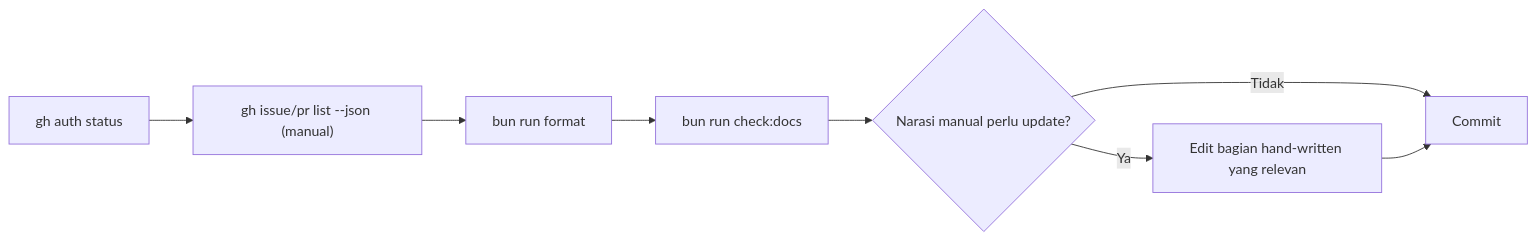
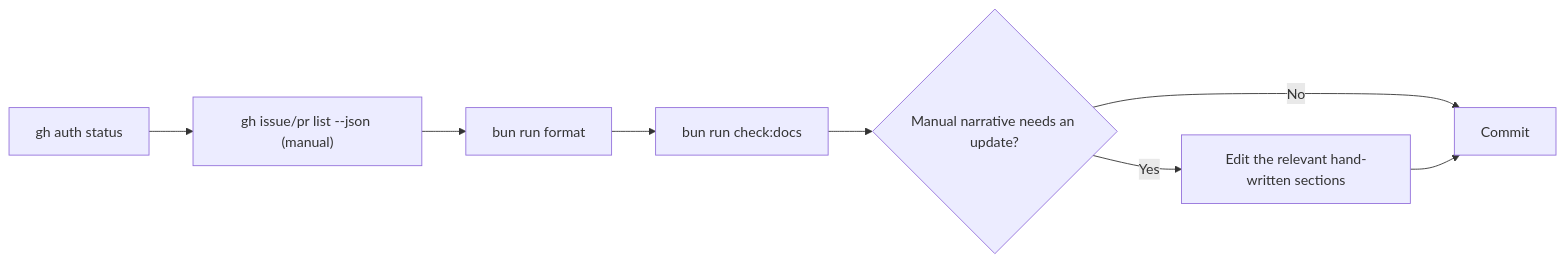
One commit to ahliweb/awcms changed the diagram in .claude/skills/awcms-github-snapshot/SKILL.md. Above: the diagram before and after it, drawn with Mermaid. The commit also changed other lines of this file and 603 other files, not shown here.

````diff
--- a/.claude/skills/awcms-github-snapshot/SKILL.md
+++ b/.claude/skills/awcms-github-snapshot/SKILL.md
@@ -73,10 +78,10 @@
 ```mermaid
 flowchart LR
   A[gh auth status] --> B["gh issue/pr list --json (manual)"]
   B --> C[bun run format]
   C --> D[bun run check:docs]
-  D --> E{Narasi manual perlu update?}
-  E -- Ya --> F[Edit bagian hand-written yang relevan]
-  E -- Tidak --> G[Commit]
+  D --> E{Manual narrative needs an update?}
+  E -- Yes --> F[Edit the relevant hand-written sections]
+  E -- No --> G[Commit]
   F --> G
 ```
````
